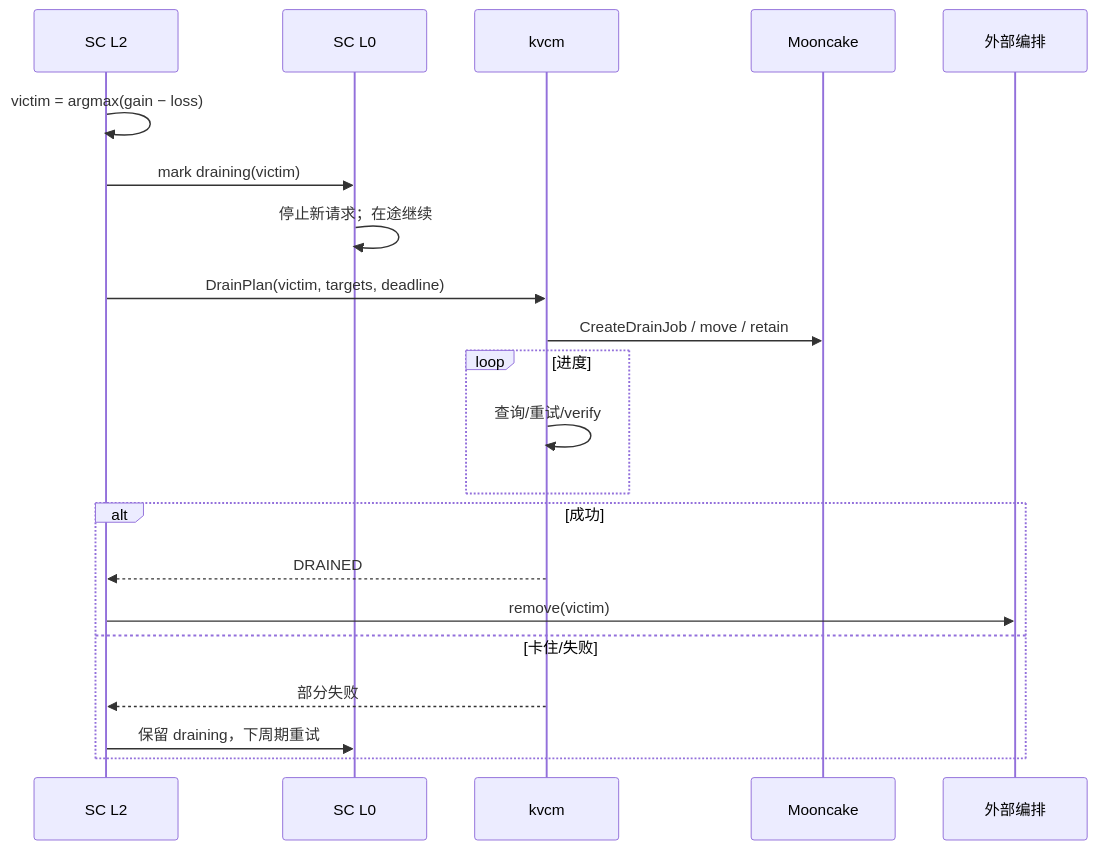
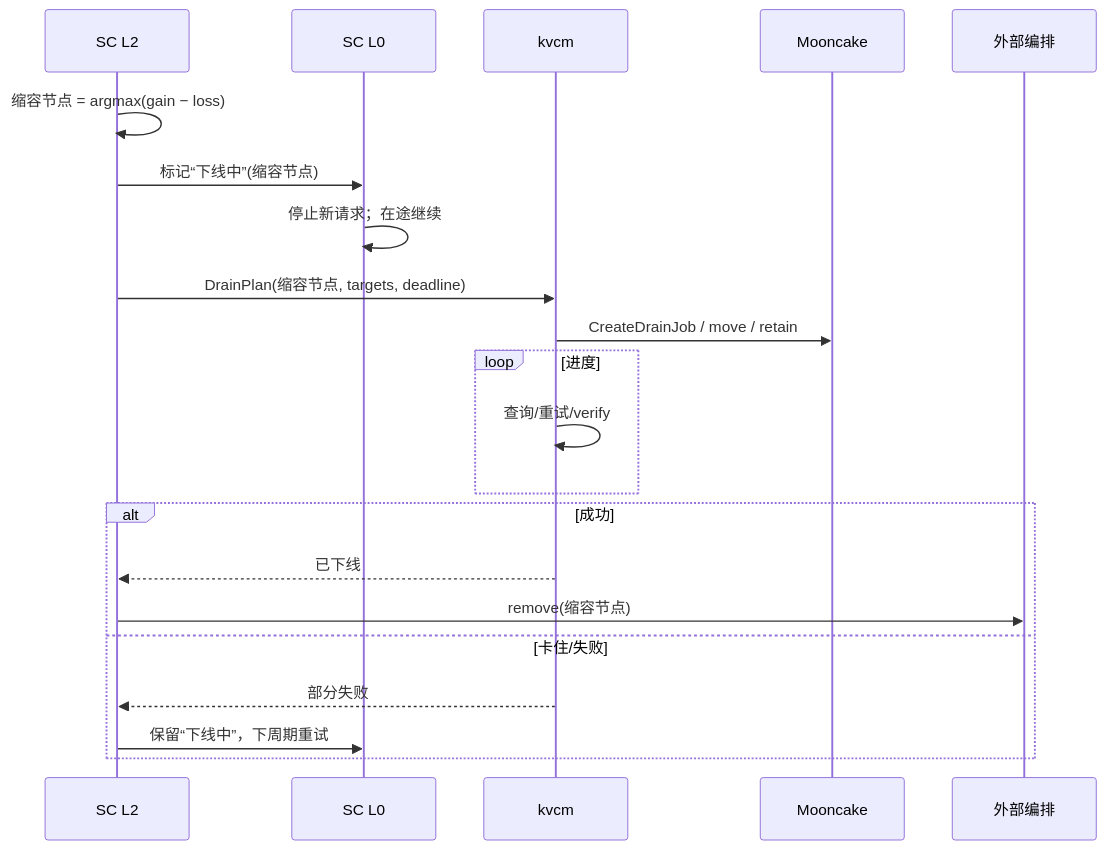
Before and after one commit to 5x8-40/lake: the sixth of 10 diagrams in kvcm/design/D8b-scheduling-sequences.md, drawn with Mermaid. The commit also changed other lines of this file and 4 other files, not shown here.

````diff
--- a/kvcm/design/D8b-scheduling-sequences.md
+++ b/kvcm/design/D8b-scheduling-sequences.md
@@ -169,24 +169,24 @@
 ```mermaid
 sequenceDiagram
     participant L2 as SC L2
     participant R as SC L0
     participant K as kvcm
     participant M as Mooncake
     participant O as 外部编排
 
-    L2->>L2: victim = argmax(gain − loss)
-    L2->>R: mark draining(victim)
+    L2->>L2: 缩容节点 = argmax(gain − loss)
+    L2->>R: 标记“下线中”(缩容节点)
     R->>R: 停止新请求；在途继续
-    L2->>K: DrainPlan(victim, targets, deadline)
+    L2->>K: DrainPlan(缩容节点, targets, deadline)
     K->>M: CreateDrainJob / move / retain
     loop 进度
         K->>K: 查询/重试/verify
     end
     alt 成功
-        K-->>L2: DRAINED
-        L2->>O: remove(victim)
+        K-->>L2: 已下线
+        L2->>O: remove(缩容节点)
     else 卡住/失败
         K-->>L2: 部分失败
-        L2->>R: 保留 draining，下周期重试
+        L2->>R: 保留“下线中”，下周期重试
     end
 ```
````
